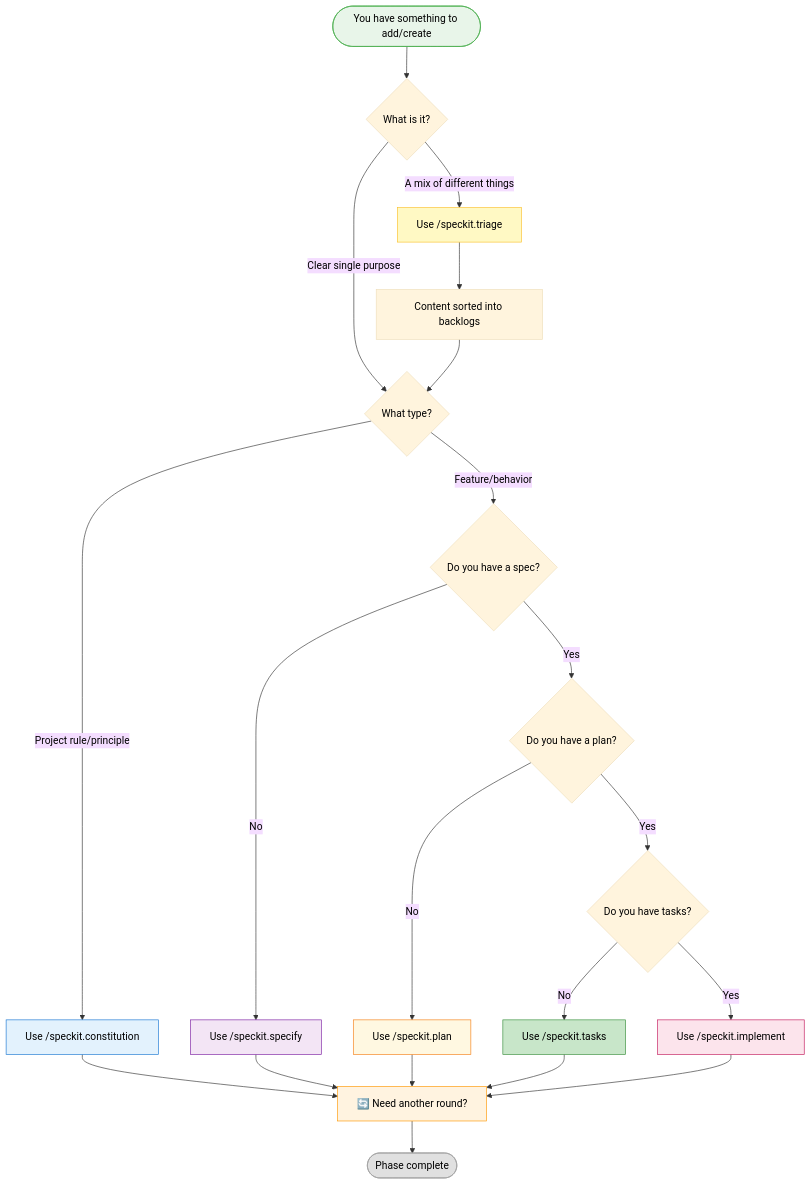
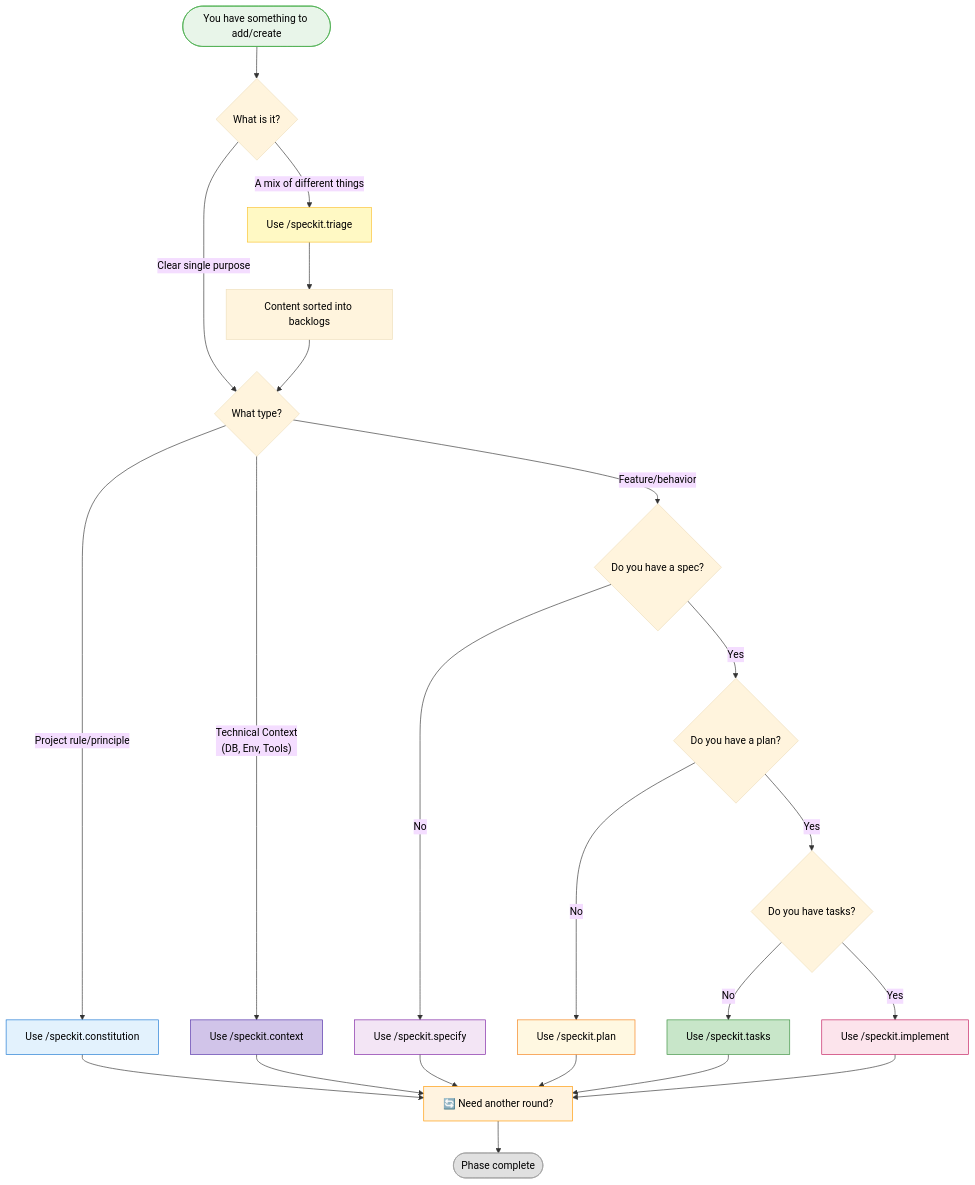
One commit to Trindade11/Teste changed the first of 8 diagrams in .specify/docs/flows/decision-tree.md. Above: the diagram before and after it, drawn with Mermaid. The commit also changed other lines of this file and 25 other files, not shown here.

````diff
--- a/.specify/docs/flows/decision-tree.md
+++ b/.specify/docs/flows/decision-tree.md
@@ -7,42 +7,45 @@
 ```mermaid
 %%{init: {'theme': 'base', 'themeVariables': { 'primaryTextColor': '#000', 'secondaryTextColor': '#000', 'tertiaryTextColor': '#000', 'lineColor': '#333'}}}%%
 flowchart TD
     Start([You have something to add/create])
     
     Start --> Q1{What is it?}
     
     Q1 -->|"A mix of different things"| Triage[Use /speckit.triage]
     Q1 -->|"Clear single purpose"| Q2{What type?}
     
     Triage --> Sorted[Content sorted into backlogs]
     Sorted --> Q2
     
     Q2 -->|"Project rule/principle"| Constitution[Use /speckit.constitution]
+    Q2 -->|"Technical Context<br/>(DB, Env, Tools)"| Context[Use /speckit.context]
     Q2 -->|"Feature/behavior"| Q3{Do you have a spec?}
     
     Q3 -->|"No"| Specify[Use /speckit.specify]
     Q3 -->|"Yes"| Q4{Do you have a plan?}
     
     Q4 -->|"No"| Plan[Use /speckit.plan]
     Q4 -->|"Yes"| Q5{Do you have tasks?}
     
     Q5 -->|"No"| Tasks[Use /speckit.tasks]
     Q5 -->|"Yes"| Implement[Use /speckit.implement]
     
     Constitution --> AskRound["🔄 Need another round?"]
+    Context --> AskRound
     Specify --> AskRound
     Plan --> AskRound
     Tasks --> AskRound
     Implement --> AskRound
     AskRound --> Done([Phase complete])
     
     style Start fill:#e8f5e9,stroke:#4caf50,color:#000
     style AskRound fill:#fff3e0,stroke:#ff9800,color:#000
     style Triage fill:#fff9c4,stroke:#fbc02d,color:#000
     style Constitution fill:#e3f2fd,stroke:#1976d2,color:#000
+    style Context fill:#d1c4e9,stroke:#512da8,color:#000
     style Specify fill:#f3e5f5,stroke:#7b1fa2,color:#000
     style Plan fill:#fff8e1,stroke:#f57f17,color:#000
     style Tasks fill:#c8e6c9,stroke:#388e3c,color:#000
     style Implement fill:#fce4ec,stroke:#c2185b,color:#000
     style Done fill:#e0e0e0,stroke:#9e9e9e,color:#000
 ```
````
